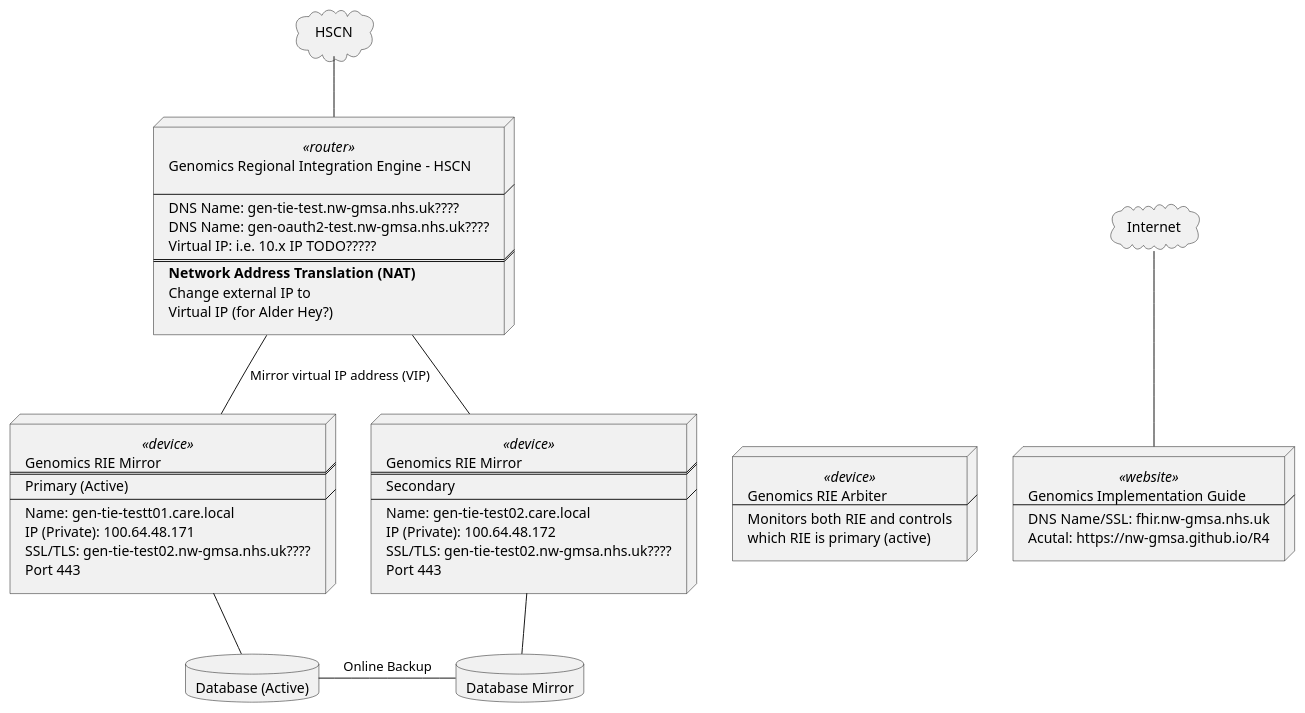
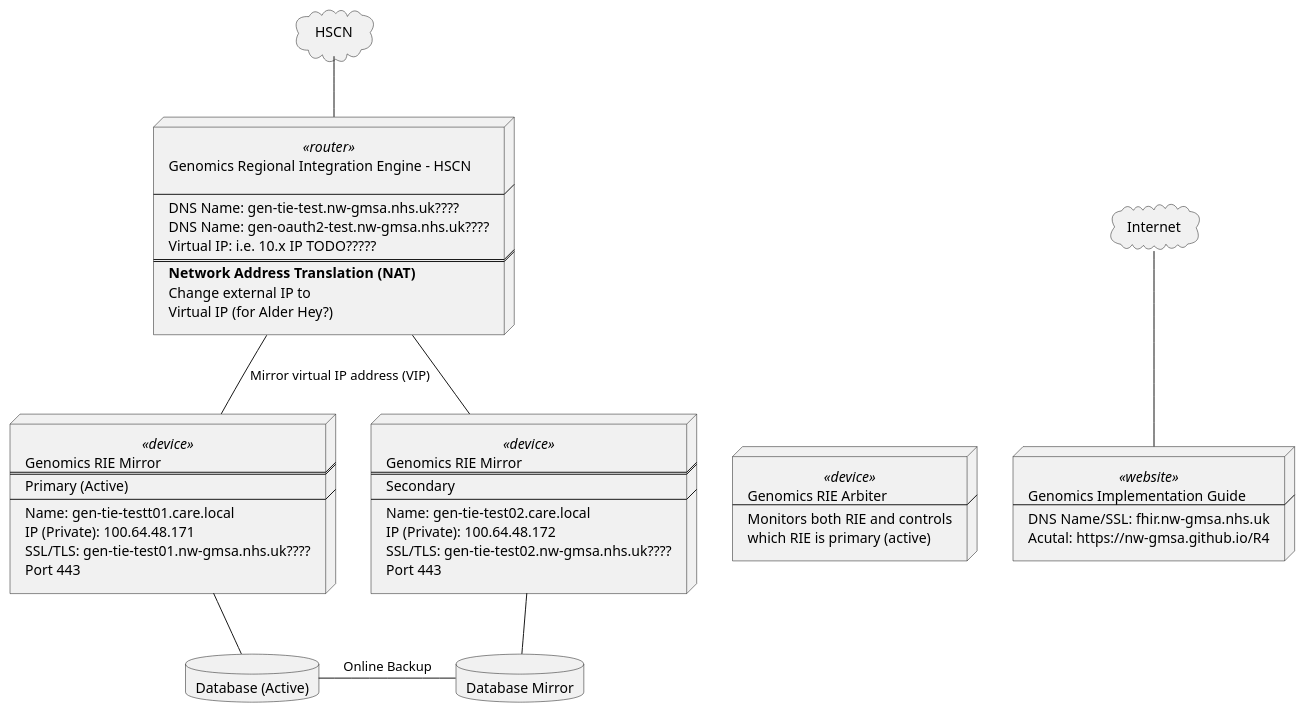
The diagram in input/images-source/deployment.plantuml (nw-gmsa/nw-gmsa.github.com), drawn with PlantUML before and after one commit.

Commit message:
Updated DNS names

```diff
--- a/input/images-source/deployment.plantuml
+++ b/input/images-source/deployment.plantuml
@@ -1,81 +1,81 @@
 @startuml
 
 cloud HSCN [
 HSCN
 ]
 
 cloud internet [
 Internet
 ]
 
 node network <<router>> [
 Genomics Regional Integration Engine - HSCN
 
 ----
 DNS Name: gen-tie-test.nw-gmsa.nhs.uk????
 DNS Name: gen-oauth2-test.nw-gmsa.nhs.uk????
 Virtual IP: i.e. 10.x IP TODO?????
 ====
 **Network Address Translation (NAT)**
 Change external IP to
 Virtual IP (for Alder Hey?)
 ]
 
 
 node tie1 <<device>> [
 Genomics RIE Mirror
 ====
 Primary (Active)
 ----
 Name: gen-tie-testt01.care.local
 IP (Private): 100.64.48.171
-SSL/TLS: gen-tie-test02.nw-gmsa.nhs.uk????
+SSL/TLS: gen-tie-test01.nw-gmsa.nhs.uk????
 Port 443
 ]
 
 node tie2 <<device>> [
 Genomics RIE Mirror
 ====
 Secondary
 ----
 Name: gen-tie-test02.care.local
 IP (Private): 100.64.48.172
 SSL/TLS: gen-tie-test02.nw-gmsa.nhs.uk????
 Port 443
 ]
 
 node arbiter <<device>> [
 Genomics RIE Arbiter
 ----
 Monitors both RIE and controls
 which RIE is primary (active)
 ]
 
 node ig <<website>> [
 Genomics Implementation Guide
 ----
 DNS Name/SSL: fhir.nw-gmsa.nhs.uk
 Acutal: https://nw-gmsa.github.io/R4
 ]
 
 database database1 [
 Database (Active)
 ]
 
 database database2 [
 Database Mirror
 ]
 
 HSCN -- network
 internet -- ig
 network -d- tie1 : Mirror virtual IP address (VIP)
 network -d- tie2
 
 tie1 -r[hidden]- tie2
 tie2 -r[hidden]- arbiter
 arbiter -r[hidden]- ig
 tie1 -- database1
 database1 -r- database2: Online Backup
 tie2 -- database2
 
 @enduml
```
